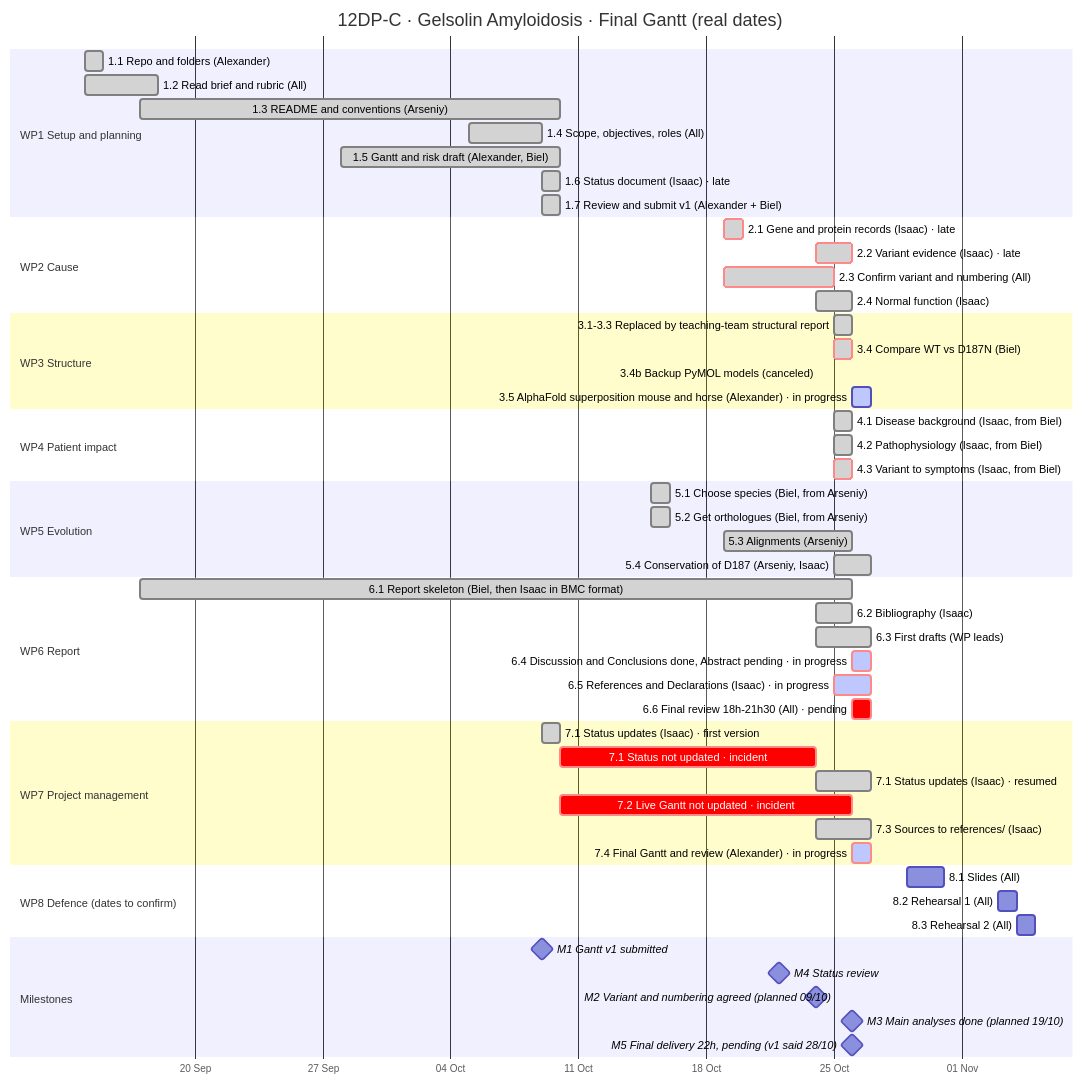
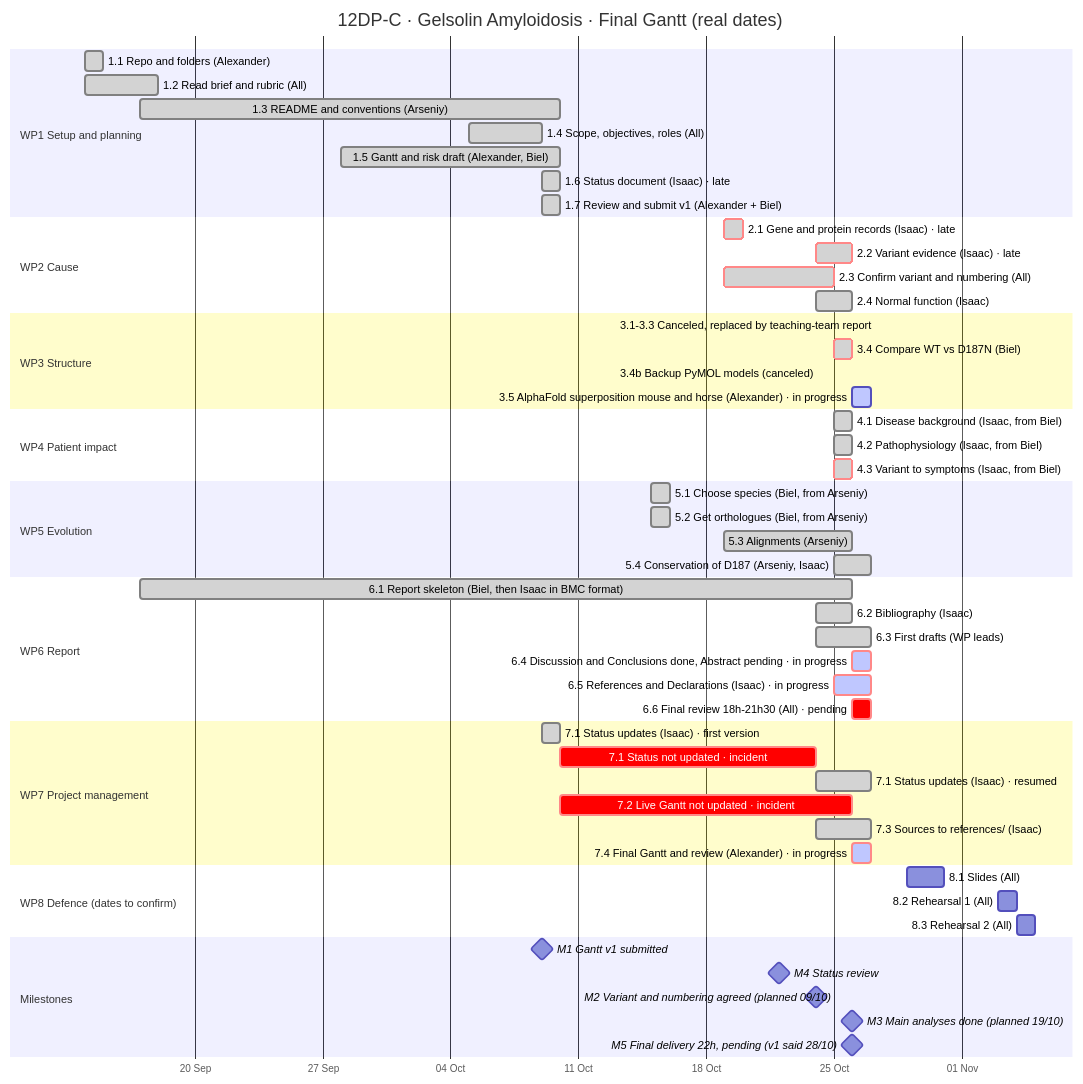
One commit to detorotodorov-alexander/12DP-C_GA_IB_2026 changed the diagram in gantt/gantt_live.md. Above: the diagram before and after it, drawn with Mermaid.

Commit message:
fixed misapprehension

````diff
--- a/gantt/gantt_live.md
+++ b/gantt/gantt_live.md
@@ -9,68 +9,68 @@
 ```mermaid
 gantt
     title 12DP-C · Gelsolin Amyloidosis · Final Gantt (real dates)
     dateFormat YYYY-MM-DD
     axisFormat %d %b
     tickInterval 1week
     todayMarker off
 
     section WP1 Setup and planning
     1.1 Repo and folders (Alexander)                 :done, t11, 2026-09-14, 1d
     1.2 Read brief and rubric (All)                  :done, t12, 2026-09-14, 4d
     1.3 README and conventions (Arseniy)             :done, t13, 2026-09-17, 23d
     1.4 Scope, objectives, roles (All)               :done, t14, 2026-10-05, 4d
     1.5 Gantt and risk draft (Alexander, Biel)       :done, t15, 2026-09-28, 12d
     1.6 Status document (Isaac) · late               :done, t16, 2026-10-09, 1d
     1.7 Review and submit v1 (Alexander + Biel)      :done, t17, 2026-10-09, 1d
 
     section WP2 Cause
     2.1 Gene and protein records (Isaac) · late      :crit, done, t21, 2026-10-19, 1d
     2.2 Variant evidence (Isaac) · late              :crit, done, t22, 2026-10-24, 2d
     2.3 Confirm variant and numbering (All)          :crit, done, t23, 2026-10-19, 6d
     2.4 Normal function (Isaac)                      :done, t24, 2026-10-24, 2d
 
     section WP3 Structure
-    3.1-3.3 Replaced by teaching-team structural report :done, t31, 2026-10-25, 1d
+    3.1-3.3 Canceled, replaced by teaching-team report :t31, 2026-10-13, 0d
     3.4 Compare WT vs D187N (Biel)                   :crit, done, t34, 2026-10-25, 1d
     3.4b Backup PyMOL models (canceled)              :t34b, 2026-10-13, 0d
     3.5 AlphaFold superposition mouse and horse (Alexander) · in progress :active, t35, 2026-10-26, 1d
 
     section WP4 Patient impact
     4.1 Disease background (Isaac, from Biel)        :done, t41, 2026-10-25, 1d
     4.2 Pathophysiology (Isaac, from Biel)           :done, t42, 2026-10-25, 1d
     4.3 Variant to symptoms (Isaac, from Biel)       :crit, done, t43, 2026-10-25, 1d
 
     section WP5 Evolution
     5.1 Choose species (Biel, from Arseniy)          :done, t51, 2026-10-15, 1d
     5.2 Get orthologues (Biel, from Arseniy)         :done, t52, 2026-10-15, 1d
     5.3 Alignments (Arseniy)                         :done, t53, 2026-10-19, 7d
     5.4 Conservation of D187 (Arseniy, Isaac)        :done, t54, 2026-10-25, 2d
 
     section WP6 Report
     6.1 Report skeleton (Biel, then Isaac in BMC format) :done, t61, 2026-09-17, 39d
     6.2 Bibliography (Isaac)                         :done, t62, 2026-10-24, 2d
     6.3 First drafts (WP leads)                      :done, t63, 2026-10-24, 3d
     6.4 Discussion and Conclusions done, Abstract pending · in progress :crit, active, t64, 2026-10-26, 1d
     6.5 References and Declarations (Isaac) · in progress :crit, active, t65, 2026-10-25, 2d
     6.6 Final review 18h-21h30 (All) · pending       :crit, t66, 2026-10-26, 1d
 
     section WP7 Project management
     7.1 Status updates (Isaac) · first version       :done, t71a, 2026-10-09, 1d
     7.1 Status not updated · incident                :crit, t71g, 2026-10-10, 14d
     7.1 Status updates (Isaac) · resumed             :done, t71b, 2026-10-24, 3d
     7.2 Live Gantt not updated · incident            :crit, t72, 2026-10-10, 16d
     7.3 Sources to references/ (Isaac)               :done, t73, 2026-10-24, 3d
     7.4 Final Gantt and review (Alexander) · in progress :crit, active, t74, 2026-10-26, 1d
 
     section WP8 Defence (dates to confirm)
     8.1 Slides (All)                                 :t81, 2026-10-29, 2d
     8.2 Rehearsal 1 (All)                            :t82, 2026-11-03, 1d
     8.3 Rehearsal 2 (All)                            :t83, 2026-11-04, 1d
 
     section Milestones
     M1 Gantt v1 submitted                            :milestone, m1, 2026-10-09, 0d
     M4 Status review                                 :milestone, m4, 2026-10-22, 0d
     M2 Variant and numbering agreed (planned 09/10)  :milestone, m2, 2026-10-24, 0d
     M3 Main analyses done (planned 19/10)            :milestone, m3, 2026-10-26, 0d
     M5 Final delivery 22h, pending (v1 said 28/10)   :milestone, m5, 2026-10-26, 0d
 ```
````
